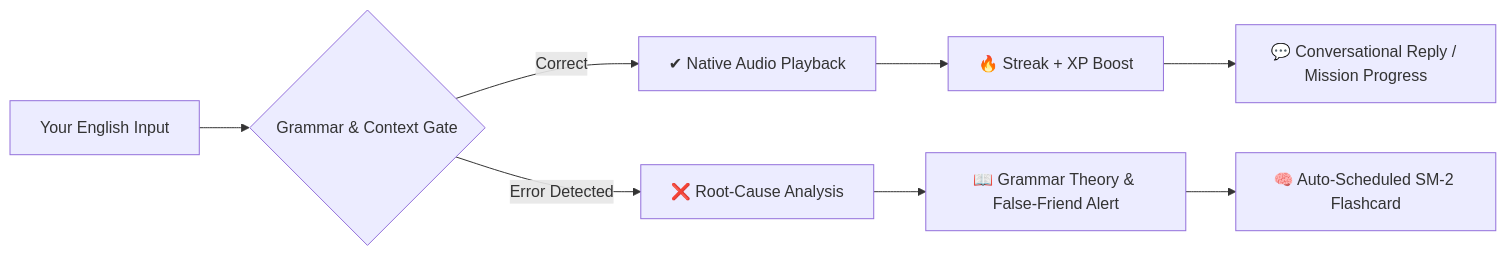
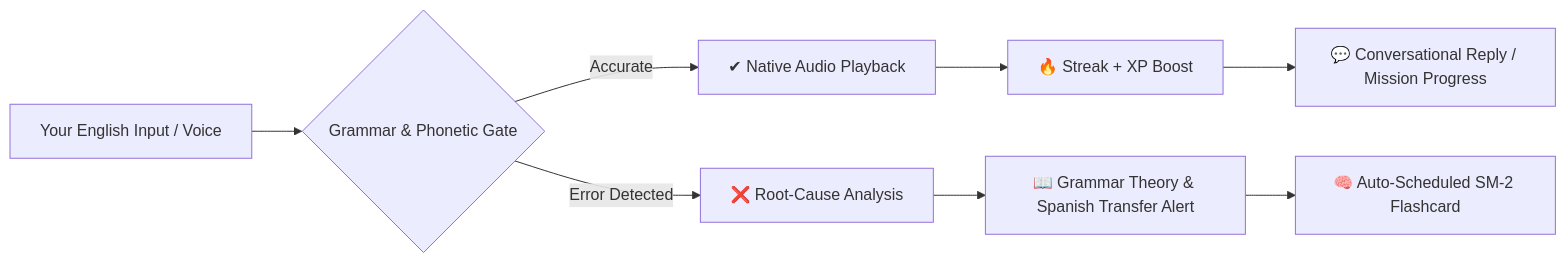
One commit to Rainherz/LinguaGate changed the diagram in README.md. Above: the diagram before and after it, drawn with Mermaid. The commit also changed other lines of this file, not shown here.

Commit message:
docs: enrich README with personalized tech interview simulator, IELTS speaking lab, and updated architecture

````diff
--- a/README.md
+++ b/README.md
@@ -33,10 +33,10 @@
 ```mermaid
 flowchart LR
-    A[Your English Input] --> B{Grammar & Context Gate}
-    B -- Correct --> C[✔ Native Audio Playback]
+    A[Your English Input / Voice] --> B{Grammar & Phonetic Gate}
+    B -- Accurate --> C[✔ Native Audio Playback]
     C --> D[🔥 Streak + XP Boost]
     D --> E[💬 Conversational Reply / Mission Progress]
     B -- Error Detected --> F[❌ Root-Cause Analysis]
-    F --> G[📖 Grammar Theory & False-Friend Alert]
+    F --> G[📖 Grammar Theory & Spanish Transfer Alert]
     G --> H[🧠 Auto-Scheduled SM-2 Flashcard]
 ```
````
